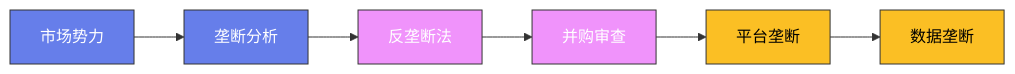
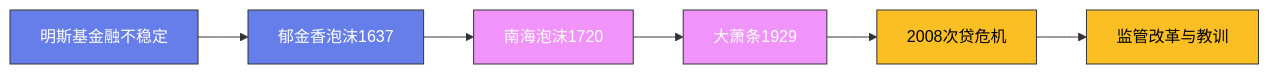
Before and after one commit to Fengur/Fengur.github.io: the diagram in content/posts/ModelCreate/经济学与金融/14-金融危机史.md, drawn with Mermaid. The commit also changed 118 other files, not shown here.

````diff
--- a/content/posts/ModelCreate/经济学与金融/14-金融危机史.md
+++ b/content/posts/ModelCreate/经济学与金融/14-金融危机史.md
@@ -75,16 +75,16 @@
 ```mermaid
 graph LR
-    A["市场势力"] --> B["垄断分析"]
-    B --> C["反垄断法"]
-    C --> D["并购审查"]
-    D --> E["平台垄断"]
-    E --> F["数据垄断"]
+    A["明斯基金融不稳定"] --> B["郁金香泡沫1637"]
+    B --> C["南海泡沫1720"]
+    C --> D["大萧条1929"]
+    D --> E["2008次贷危机"]
+    E --> F["监管改革与教训"]
 
     classDef early fill:#667eea,stroke:#333,color:white
     classDef mid fill:#f093fb,stroke:#333,color:white
     classDef modern fill:#fbbf24,stroke:#333,color:black
 
     class A,B early
     class C,D mid
     class E,F modern
 ```
````
